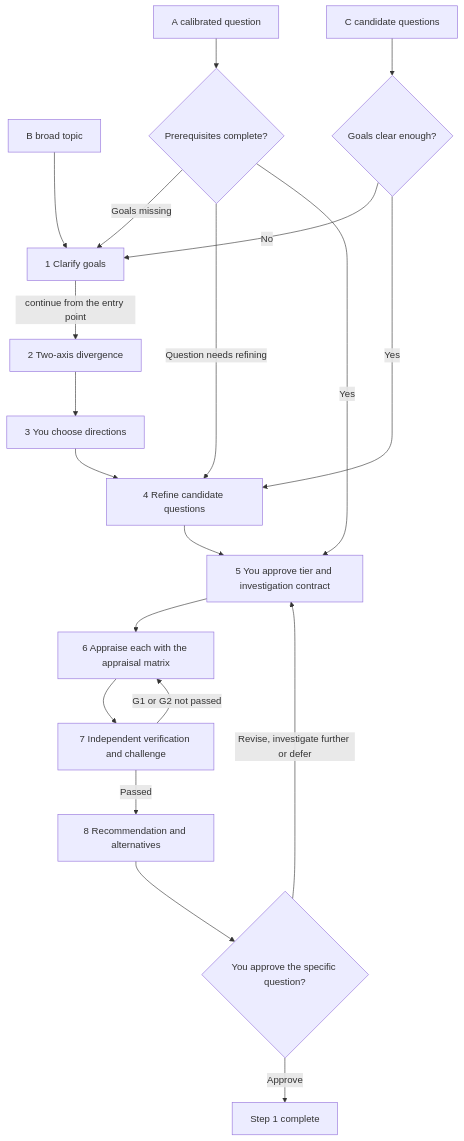
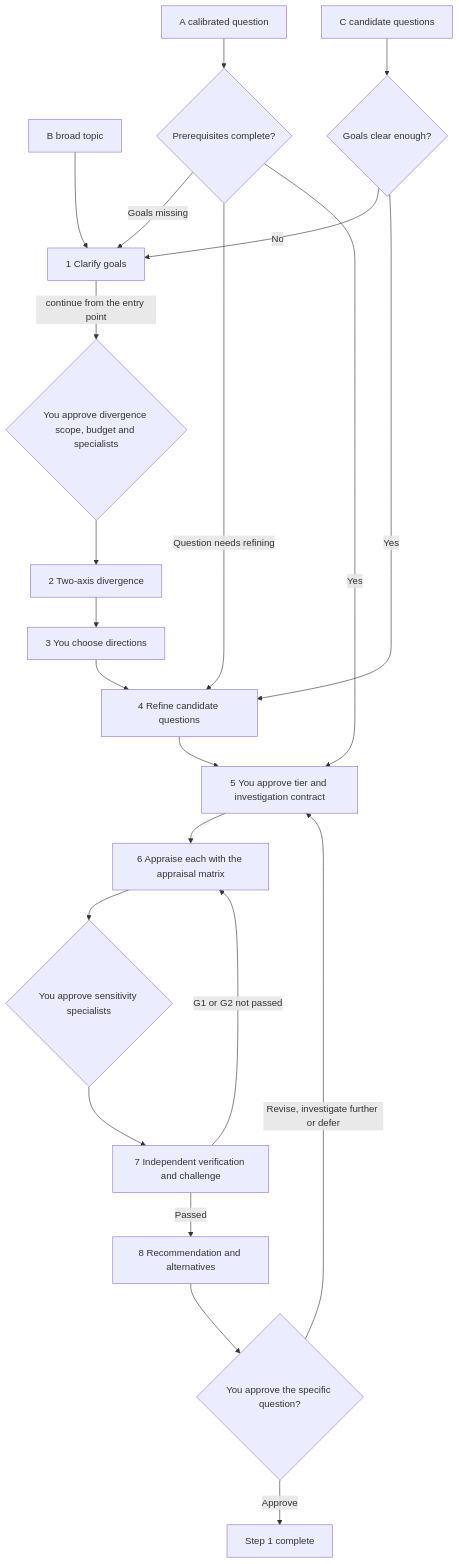
The diagram in en/docs/step-1.md (reinafeng2006/research-workflow), drawn with Mermaid before and after one commit. The commit also changed other lines of this file and 22 other files, not shown here.

````diff
--- a/en/docs/step-1.md
+++ b/en/docs/step-1.md
@@ -23,22 +23,24 @@
 ```mermaid
 flowchart TD
     B["B broad topic"] --> P1["1 Clarify goals"]
     C["C candidate questions"] --> CK{"Goals clear enough?"}
     A["A calibrated question"] --> AK{"Prerequisites complete?"}
     CK -->|No| P1
     CK -->|Yes| P4
     AK -->|Goals missing| P1
     AK -->|Question needs refining| P4
     AK -->|Yes| P5
-    P1 -->|continue from the entry point| P2["2 Two-axis divergence"]
+    P1 -->|continue from the entry point| PA{"You approve divergence scope, budget and specialists"}
+    PA --> P2["2 Two-axis divergence"]
     P2 --> P3["3 You choose directions"]
     P3 --> P4["4 Refine candidate questions"]
     P4 --> P5["5 You approve tier and investigation contract"]
     P5 --> P6["6 Appraise each with the appraisal matrix"]
-    P6 --> P7["7 Independent verification and challenge"]
+    P6 --> PS{"You approve sensitivity specialists"}
+    PS --> P7["7 Independent verification and challenge"]
     P7 -->|G1 or G2 not passed| P6
     P7 -->|Passed| P8["8 Recommendation and alternatives"]
     P8 --> H{"You approve the specific question?"}
     H -->|Approve| DONE["Step 1 complete"]
     H -->|Revise, investigate further or defer| P5
 ```
````
